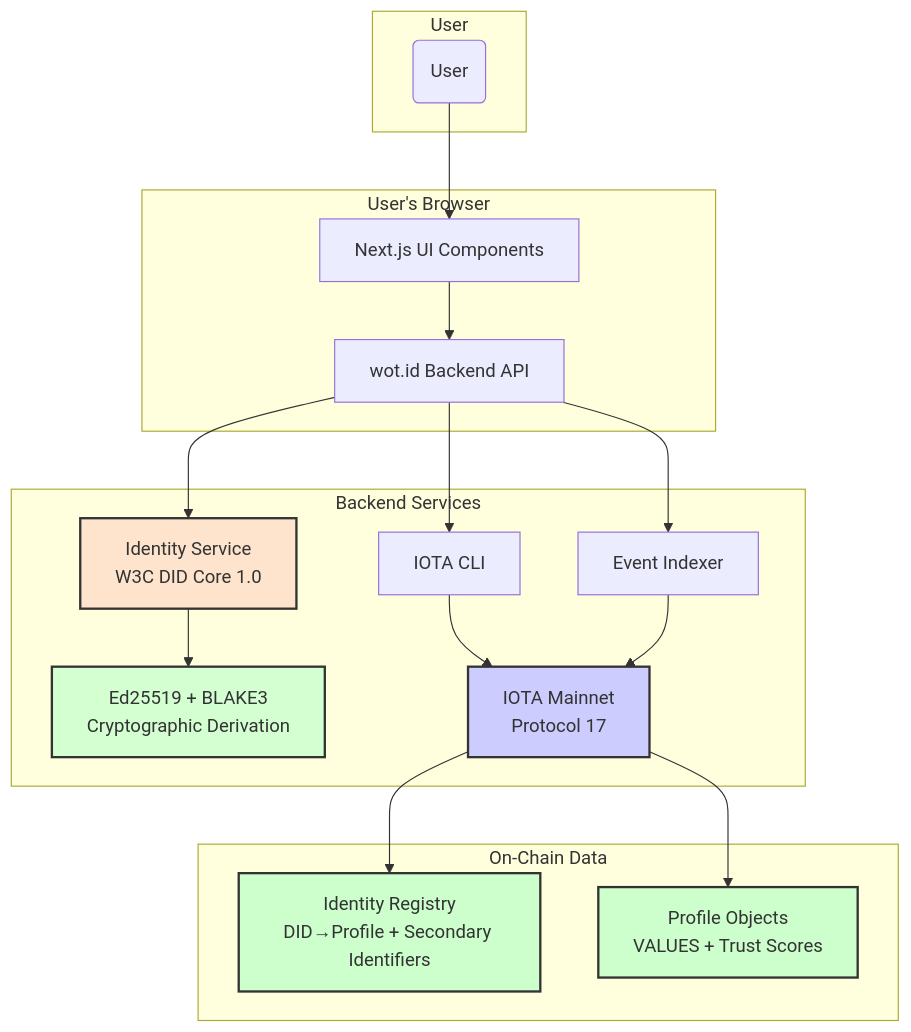
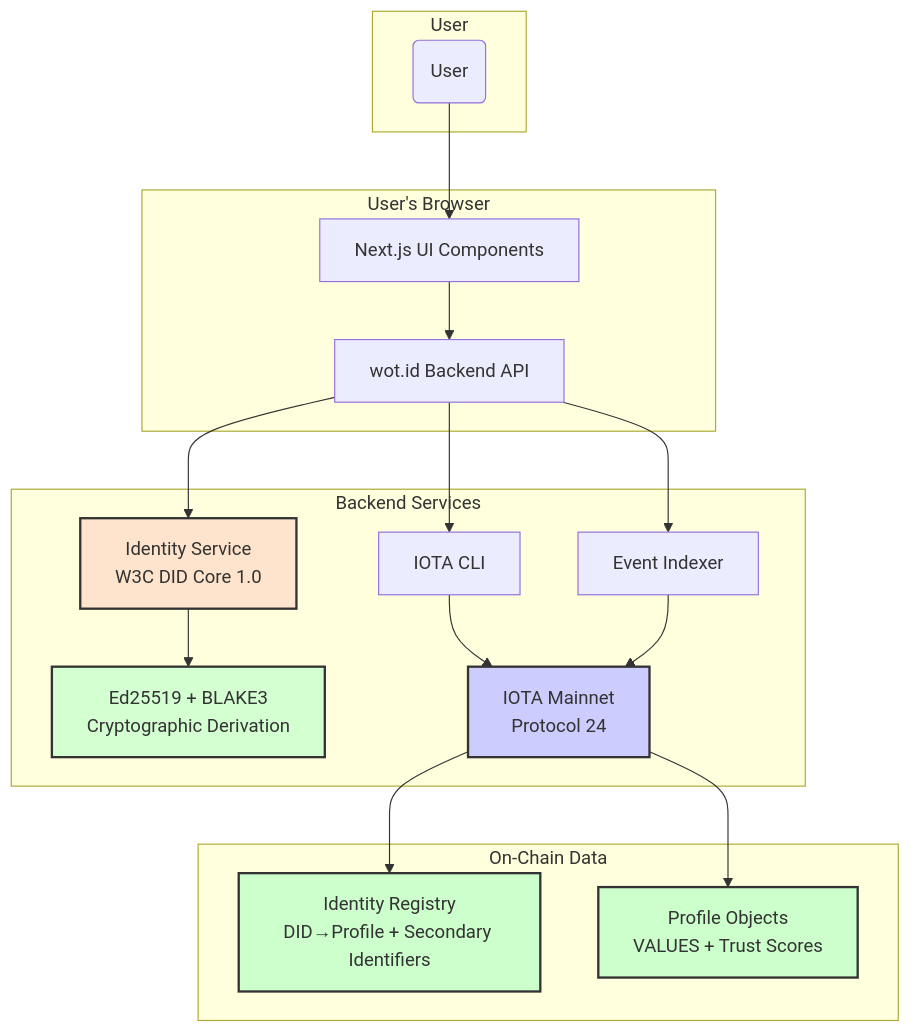
Before and after one commit to theweboftrust/wot.id-public-docs: the first of 3 diagrams in 08_Frontend_And_User_Experience.md, drawn with Mermaid. The commit also changed other lines of this file, not shown here.

````diff
--- a/08_Frontend_And_User_Experience.md
+++ b/08_Frontend_And_User_Experience.md
@@ -136,30 +138,30 @@
 ```mermaid
 graph TD
     subgraph "User's Browser"
         A[Next.js UI Components] --> D[wot.id Backend API];
     end
 
     subgraph "Backend Services"
         D --> IDS[Identity Service<br/>W3C DID Core 1.0];
         IDS --> CRYPTO[Ed25519 + BLAKE3<br/>Cryptographic Derivation];
         D --> CLI[IOTA CLI];
-        CLI --> E[IOTA Mainnet<br/>Protocol 17];
+        CLI --> E[IOTA Mainnet<br/>Protocol 24];
         D --> IDX[Event Indexer];
         IDX --> E;
     end
 
     subgraph "On-Chain Data"
         E --> REG[Identity Registry<br/>DID→Profile + Secondary Identifiers];
         E --> PROF[Profile Objects<br/>VALUES + Trust Scores];
     end
 
     subgraph "User"
         U(User) --> A;
     end
 
     style E fill:#ccf,stroke:#333,stroke-width:2px
     style REG fill:#cfc,stroke:#333,stroke-width:2px
     style PROF fill:#cfc,stroke:#333,stroke-width:2px
     style IDS fill:#ffe4cd,stroke:#333,stroke-width:2px
     style CRYPTO fill:#d4ffd1,stroke:#333,stroke-width:2px
 ```
````
